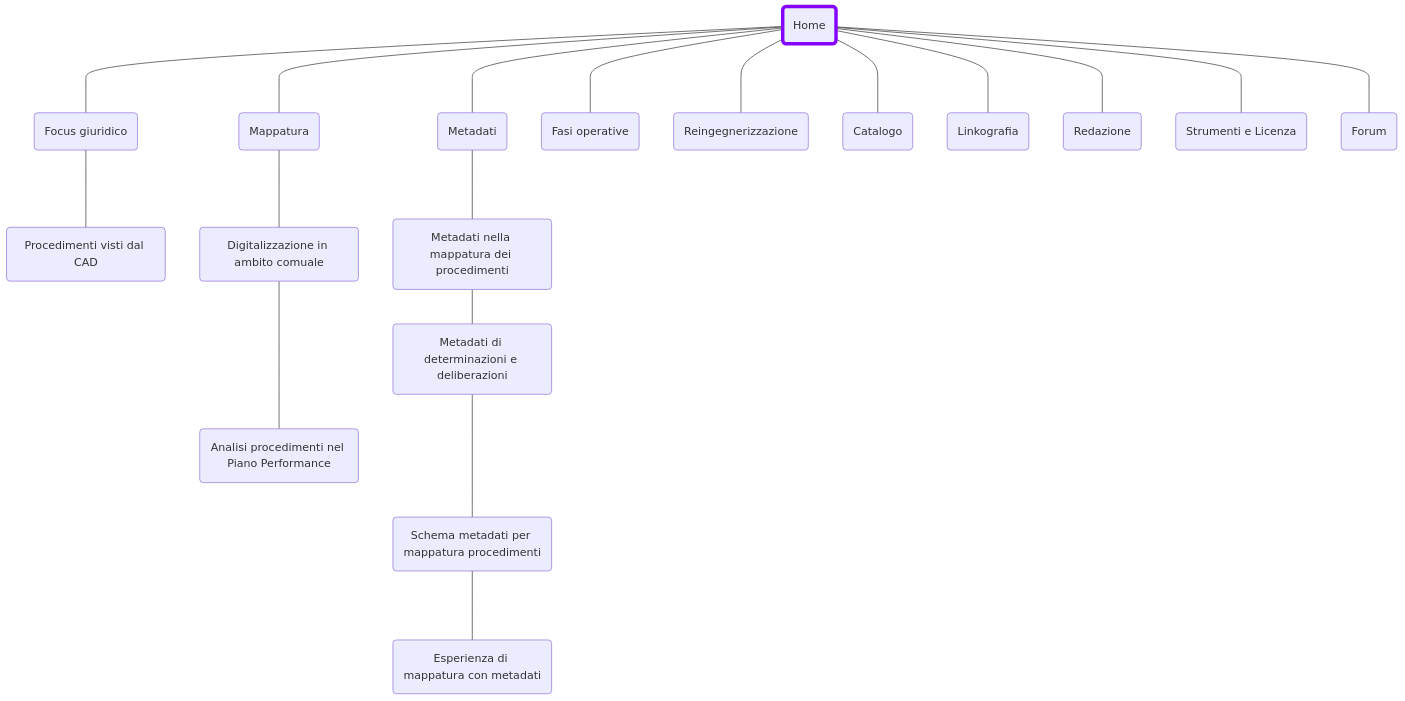
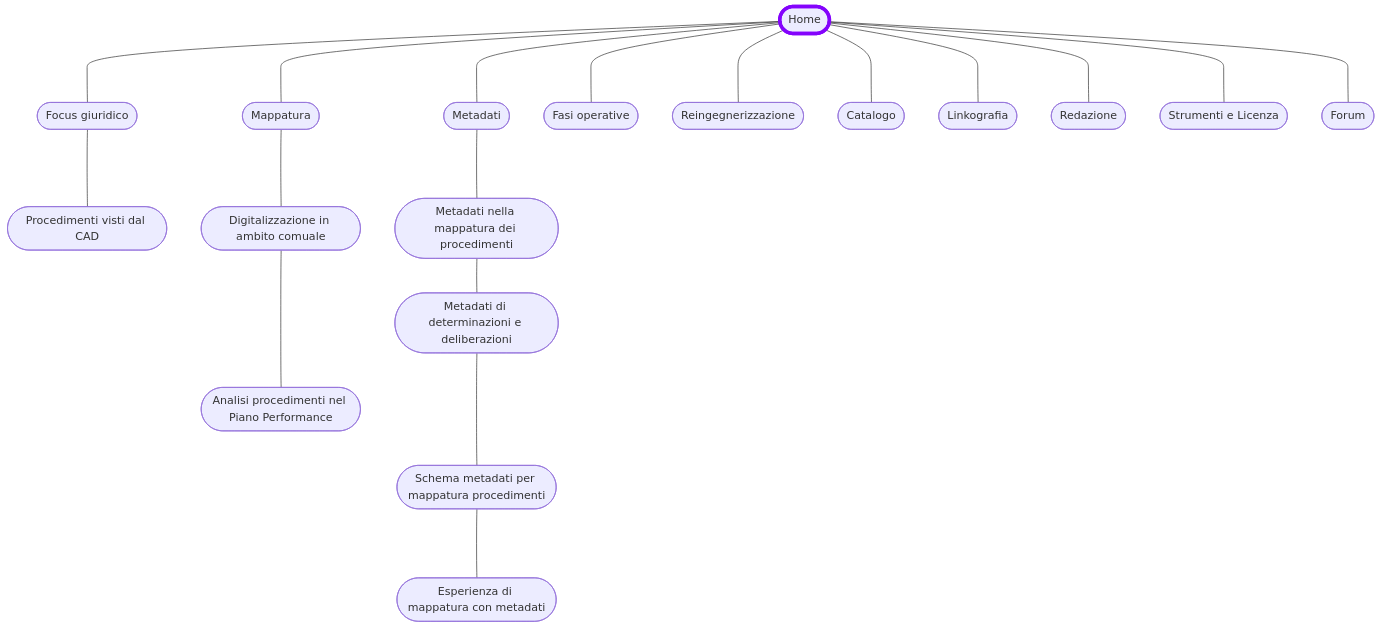
Before and after one commit to UO-TransizioneDigitaleComunePalermo/mappatura-procedimenti-amministrativi: the second of 2 diagrams in docs/index.md, drawn with Mermaid.

````diff
--- a/docs/index.md
+++ b/docs/index.md
@@ -48,40 +48,40 @@
 ``` mermaid
 graph TB
-A(Home)
-A ---- B(Focus giuridico);
-A ---- C(Mappatura);
-A ---- D(Metadati);
-A ---- E(Fasi operative);
-A ---- M(Reingegnerizzazione)
-A ---- F(Catalogo);
-A ---- G(Linkografia);
-A ---- H(Redazione);
-A ---- I(Strumenti e Licenza);
-A ---- L(Forum);
-B ---- B1(Procedimenti visti dal CAD);
-C ---- C1(Digitalizzazione in ambito comuale);
-C1 ---- C2(Analisi procedimenti nel Piano Performance);
-D ---- D1(Metadati nella mappatura dei procedimenti);
-D1 --- D2(Metadati di determinazioni e deliberazioni);
-D2 ---- D3(Schema metadati per mappatura procedimenti);
-D3 ---- D4(Esperienza di mappatura con metadati);
+A([Home])
+A ---- B([Focus giuridico]);
+A ---- C([Mappatura]);
+A ---- D([Metadati]);
+A ---- E([Fasi operative]);
+A ---- M([Reingegnerizzazione])
+A ---- F([Catalogo]);
+A ---- G([Linkografia]);
+A ---- H([Redazione]);
+A ---- I([Strumenti e Licenza]);
+A ---- L([Forum]);
+B ---- B1([Procedimenti visti dal CAD]);
+C ---- C1([Digitalizzazione in ambito comuale]);
+C1 ---- C2([Analisi procedimenti nel Piano Performance]);
+D ---- D1([Metadati nella mappatura dei procedimenti]);
+D1 --- D2([Metadati di determinazioni e deliberazioni]);
+D2 ---- D3([Schema metadati per mappatura procedimenti]);
+D3 ---- D4([Esperienza di mappatura con metadati]);
 click A "https://uo-transizionedigitalecomunepalermo.github.io/mappatura-procedimenti-amministrativi/" _blank
 click B "https://uo-transizionedigitalecomunepalermo.github.io/mappatura-procedimenti-amministrativi/contenuti/focus-giuridico/" _blank
 click B1 "https://uo-transizionedigitalecomunepalermo.github.io/mappatura-procedimenti-amministrativi/contenuti/cad/" _blank
 click C "https://uo-transizionedigitalecomunepalermo.github.io/mappatura-procedimenti-amministrativi/contenuti/digitalizzazione-ambito-comunale/" _blank
 click C1 "https://uo-transizionedigitalecomunepalermo.github.io/mappatura-procedimenti-amministrativi/contenuti/digitalizzazione-ambito-comunale/" _blank
 click C2 "https://uo-transizionedigitalecomunepalermo.github.io/mappatura-procedimenti-amministrativi/contenuti/esperienza-analisi/" _blank
 click D "https://uo-transizionedigitalecomunepalermo.github.io/mappatura-procedimenti-amministrativi/contenuti/metadati/" _blank
 click D1 "https://uo-transizionedigitalecomunepalermo.github.io/mappatura-procedimenti-amministrativi/contenuti/metadati/" _blank
 click D2 "https://uo-transizionedigitalecomunepalermo.github.io/mappatura-procedimenti-amministrativi/contenuti/metadati-determinazione-deliberazione/" _blank
 click D3 "https://uo-transizionedigitalecomunepalermo.github.io/mappatura-procedimenti-amministrativi/contenuti/schema-metadati/" _blank
 click D4 "https://uo-transizionedigitalecomunepalermo.github.io/mappatura-procedimenti-amministrativi/contenuti/esperienza-metadatazione/" _blank
 click E "https://uo-transizionedigitalecomunepalermo.github.io/mappatura-procedimenti-amministrativi/contenuti/fasi-operative/" _blank
 click F "https://uo-transizionedigitalecomunepalermo.github.io/mappatura-procedimenti-amministrativi/contenuti/catalogo/" _blank
 click G "https://uo-transizionedigitalecomunepalermo.github.io/mappatura-procedimenti-amministrativi/contenuti/linkografia/" _blank
 click H "https://uo-transizionedigitalecomunepalermo.github.io/mappatura-procedimenti-amministrativi/contenuti/redazione/" _blank
 click I "https://uo-transizionedigitalecomunepalermo.github.io/mappatura-procedimenti-amministrativi/contenuti/strumenti/" _blank
 click L "https://github.com/UO-TransizioneDigitaleComunePalermo/mappatura-procedimenti-amministrativi/discussions" _blank
 click M "https://uo-transizionedigitalecomunepalermo.github.io/mappatura-procedimenti-amministrativi/contenuti/reingegnerizzazione/" _blank
 style A stroke:#8403fc,stroke-width:5px  
 ```
````
